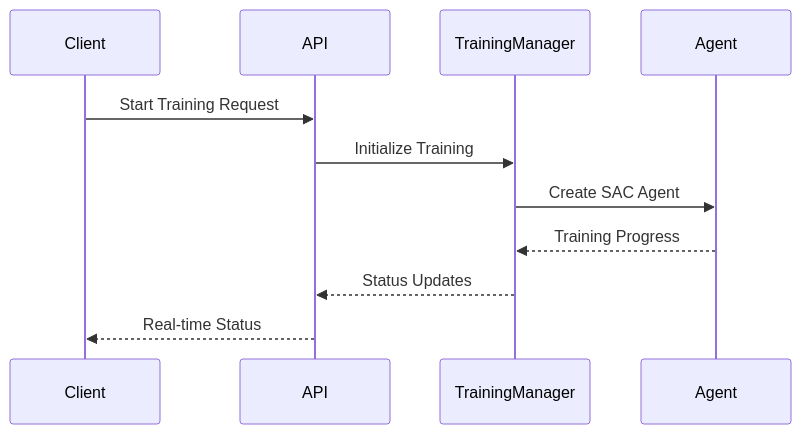
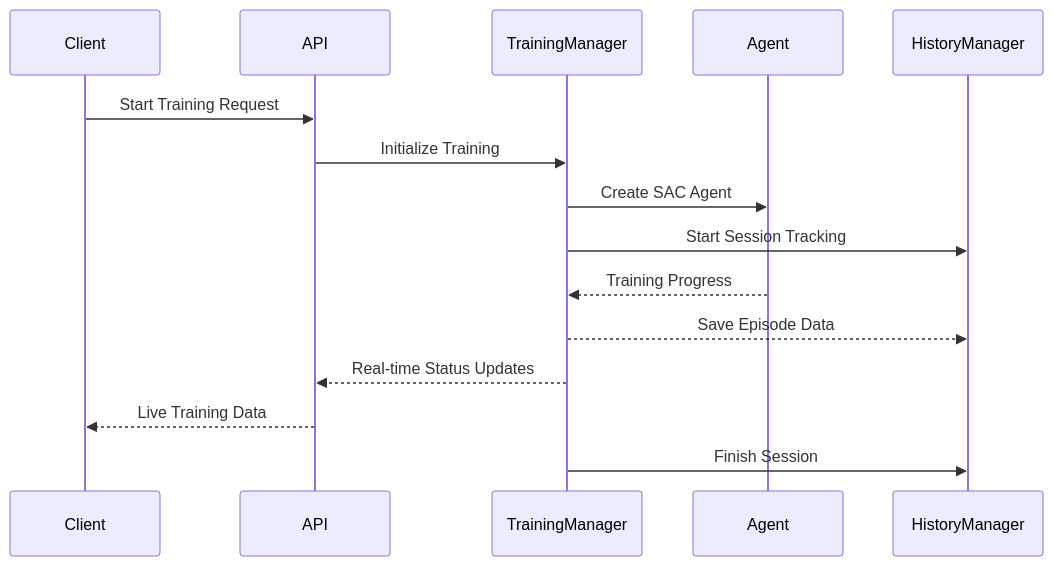
The diagram in data/docs/API_documentation.md (ZhuoQiuMcgill/RL-MESH-GENERATION), drawn with Mermaid before and after one commit. The commit also changed other lines of this file, not shown here.

````diff
--- a/data/docs/API_documentation.md
+++ b/data/docs/API_documentation.md
@@ -30,9 +48,12 @@
 ```mermaid
 sequenceDiagram
   Client->>API: Start Training Request
   API->>TrainingManager: Initialize Training
   TrainingManager->>Agent: Create SAC Agent
+  TrainingManager->>HistoryManager: Start Session Tracking
   Agent-->>TrainingManager: Training Progress
-  TrainingManager-->>API: Status Updates
-  API-->>Client: Real-time Status
+  TrainingManager-->>HistoryManager: Save Episode Data
+  TrainingManager-->>API: Real-time Status Updates
+  API-->>Client: Live Training Data
+  TrainingManager->>HistoryManager: Finish Session
 ```
````
